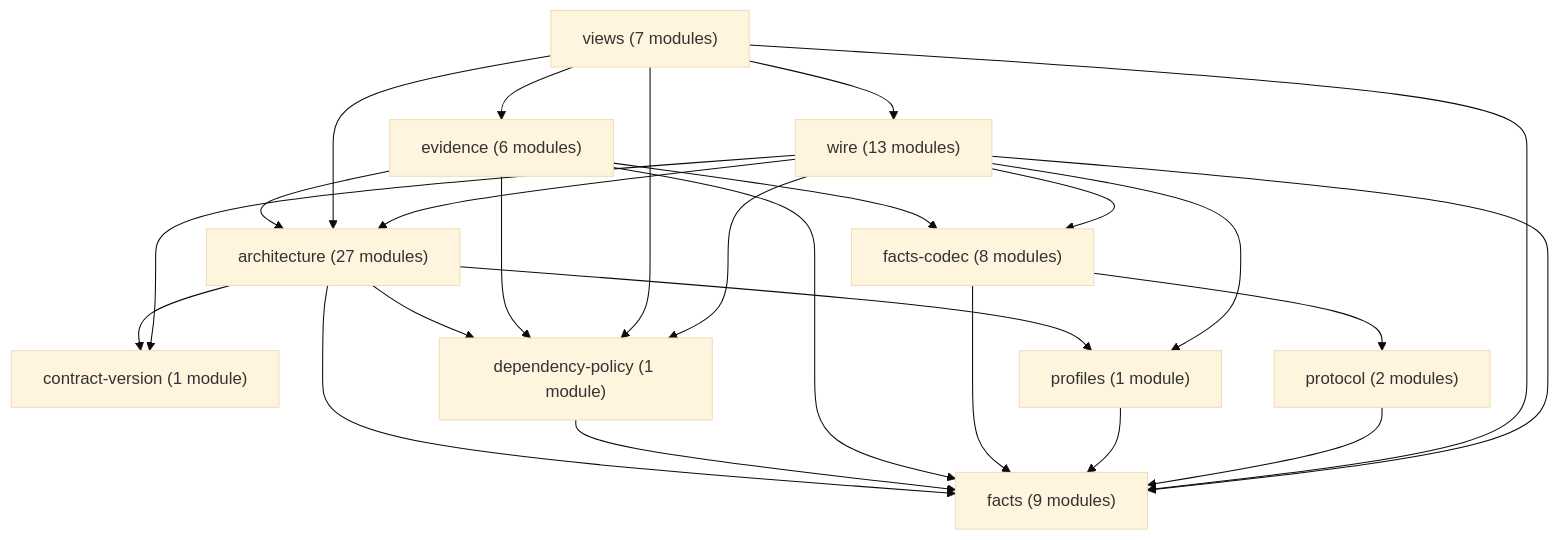
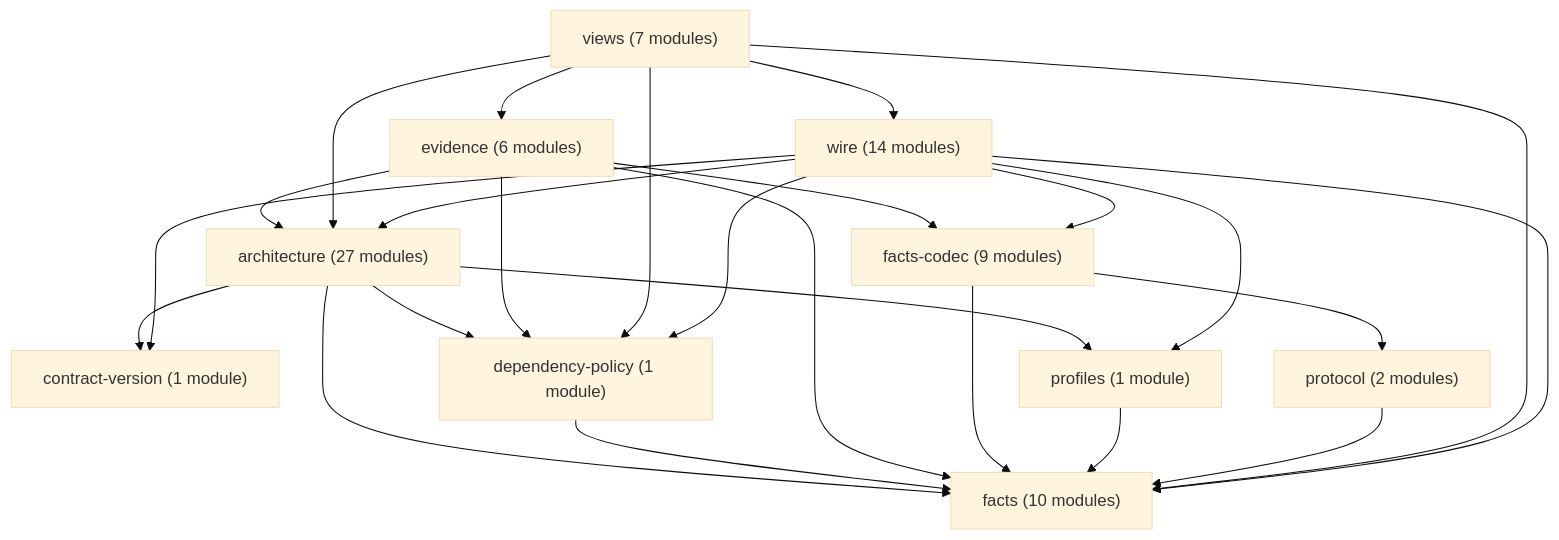
The diagram in docs/architecture/ir-owners.md (rapiddweller/archkeel), drawn with Mermaid (base theme) before and after one commit. The commit also changed other lines of this file and 70 other files, not shown here.

First line of the commit message:
Add archkeel-store: validate a reply once and write architecture.json

````diff
--- a/docs/architecture/ir-owners.md
+++ b/docs/architecture/ir-owners.md
@@ -35,37 +35,37 @@
 ```mermaid
 graph TD
     n_0["architecture (27 modules)"]
     n_1["contract-version (1 module)"]
     n_2["dependency-policy (1 module)"]
     n_3["evidence (6 modules)"]
-    n_4["facts (9 modules)"]
-    n_5["facts-codec (8 modules)"]
+    n_4["facts (10 modules)"]
+    n_5["facts-codec (9 modules)"]
     n_6["profiles (1 module)"]
     n_7["protocol (2 modules)"]
     n_8["views (7 modules)"]
-    n_9["wire (13 modules)"]
+    n_9["wire (14 modules)"]
     n_0 --> n_1
     n_0 --> n_2
     n_0 --> n_4
     n_0 --> n_6
     n_2 --> n_4
     n_3 --> n_0
     n_3 --> n_2
     n_3 --> n_4
     n_3 --> n_5
     n_5 --> n_4
     n_5 --> n_7
     n_6 --> n_4
     n_7 --> n_4
     n_8 --> n_0
     n_8 --> n_2
     n_8 --> n_3
     n_8 --> n_4
     n_8 --> n_9
     n_9 --> n_0
     n_9 --> n_1
     n_9 --> n_2
     n_9 --> n_4
     n_9 --> n_5
     n_9 --> n_6
 ```
````
